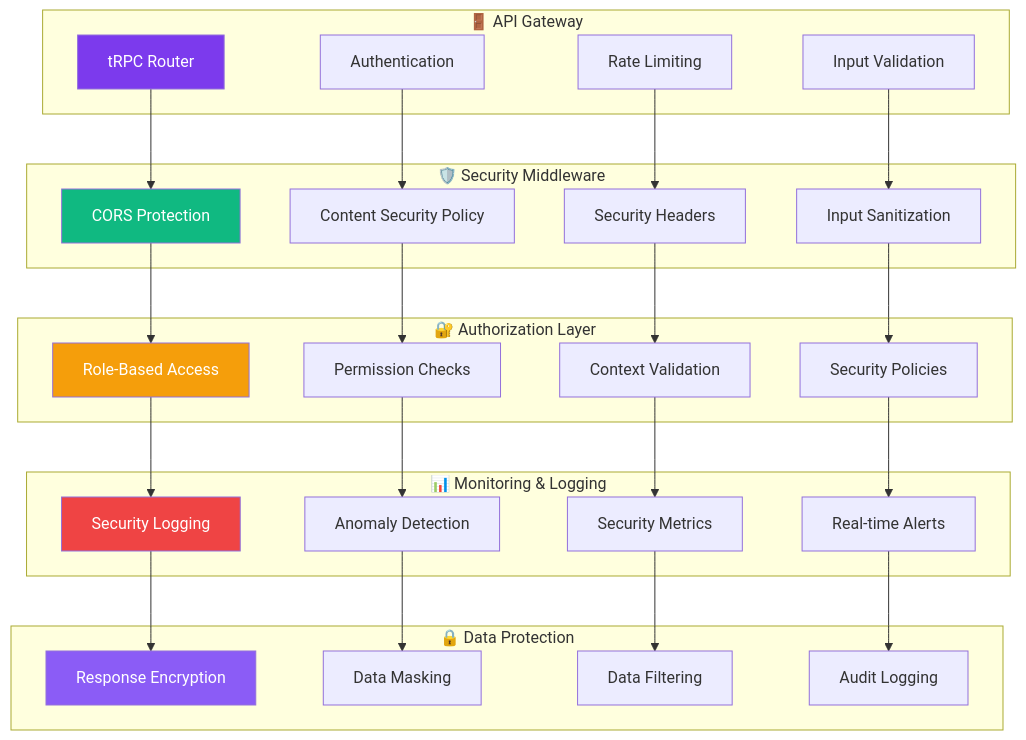
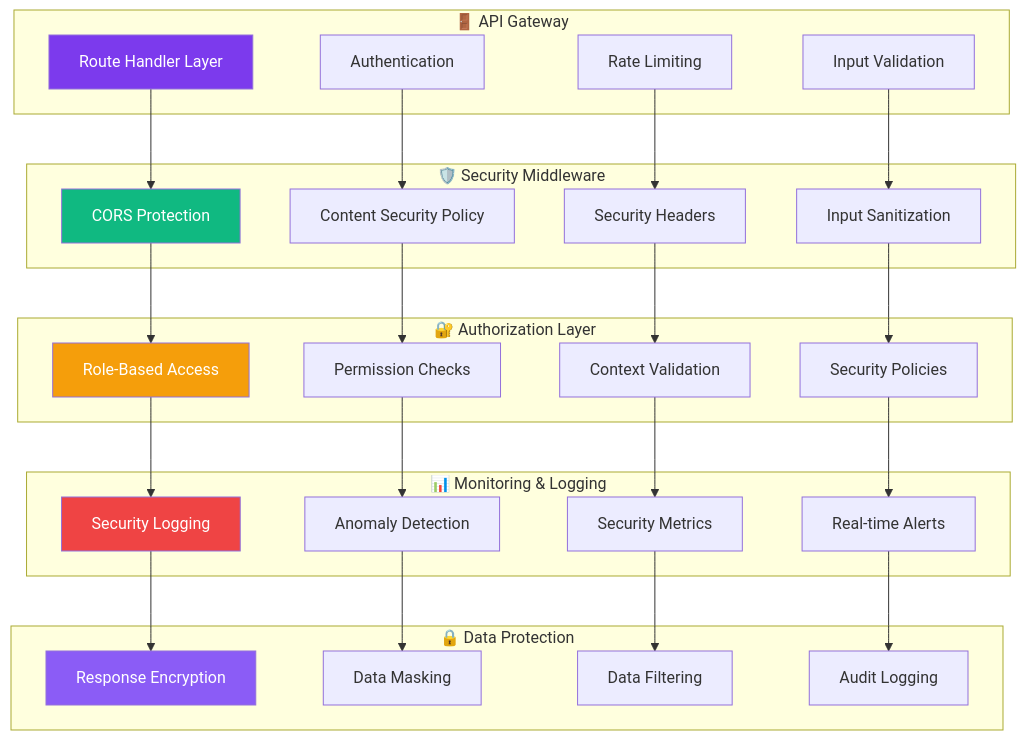
Before and after one commit to BjornMelin/contribux: the sixth of 12 diagrams in docs/security/security-implementation.md, drawn with Mermaid. The commit also changed 79 other files, not shown here.

````diff
--- a/docs/security/security-implementation.md
+++ b/docs/security/security-implementation.md
@@ -566,63 +566,63 @@
 ```mermaid
 graph TB
     subgraph "🚪 API Gateway"
-        Gateway[tRPC Router]
+        Gateway[Route Handler Layer]
         Auth[Authentication]
         Rate[Rate Limiting]
         Validation[Input Validation]
     end
     
     subgraph "🛡️ Security Middleware"
         CORS[CORS Protection]
         CSP[Content Security Policy]
         Headers[Security Headers]
         Sanitization[Input Sanitization]
     end
     
     subgraph "🔐 Authorization Layer"
         RBAC[Role-Based Access]
         Permissions[Permission Checks]
         Context[Context Validation]
         Policies[Security Policies]
     end
     
     subgraph "📊 Monitoring & Logging"
         Logging[Security Logging]
         Anomaly[Anomaly Detection]
         Metrics[Security Metrics]
         Alerts[Real-time Alerts]
     end
     
     subgraph "🔒 Data Protection"
         Encryption[Response Encryption]
         Masking[Data Masking]
         Filtering[Data Filtering]
         Audit[Audit Logging]
     end
     
     Gateway --> CORS
     Auth --> CSP
     Rate --> Headers
     Validation --> Sanitization
     
     CORS --> RBAC
     CSP --> Permissions
     Headers --> Context
     Sanitization --> Policies
     
     RBAC --> Logging
     Permissions --> Anomaly
     Context --> Metrics
     Policies --> Alerts
     
     Logging --> Encryption
     Anomaly --> Masking
     Metrics --> Filtering
     Alerts --> Audit
     
     style Gateway fill:#7C3AED,color:#fff
     style CORS fill:#10B981,color:#fff
     style RBAC fill:#F59E0B,color:#fff
     style Logging fill:#EF4444,color:#fff
     style Encryption fill:#8B5CF6,color:#fff
 ```
````
